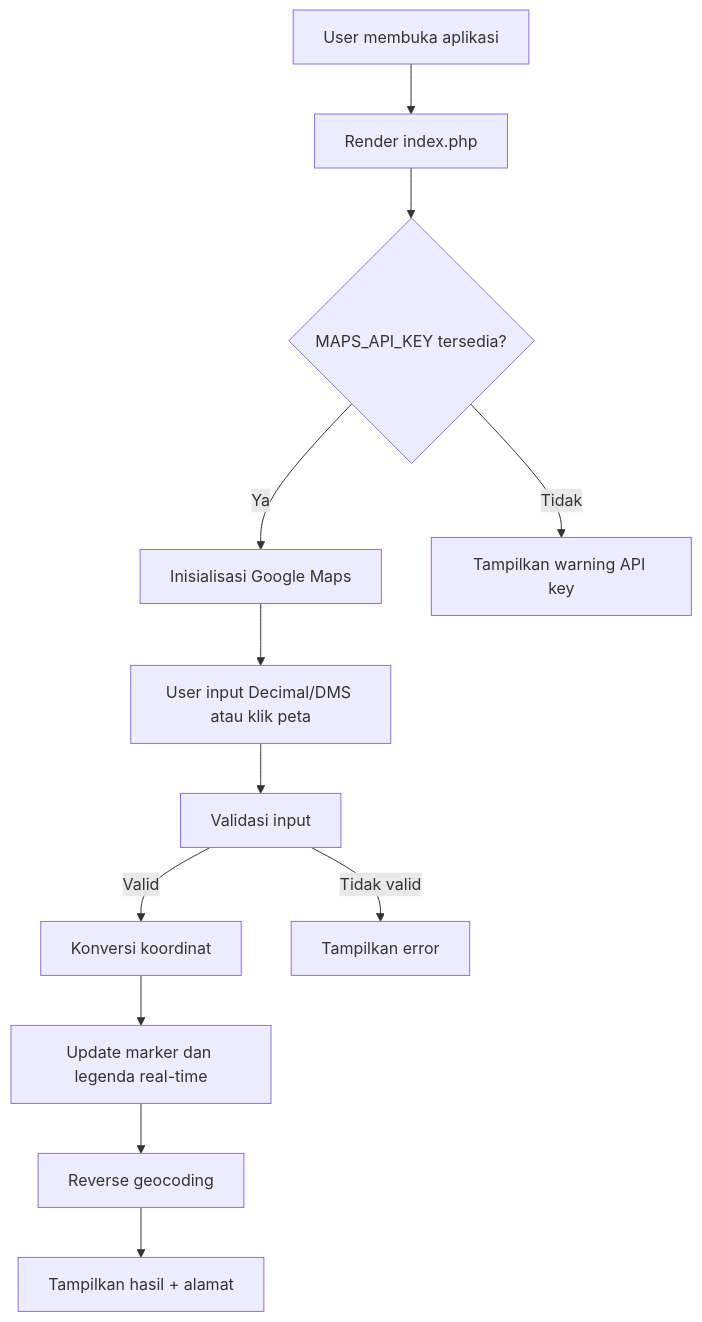
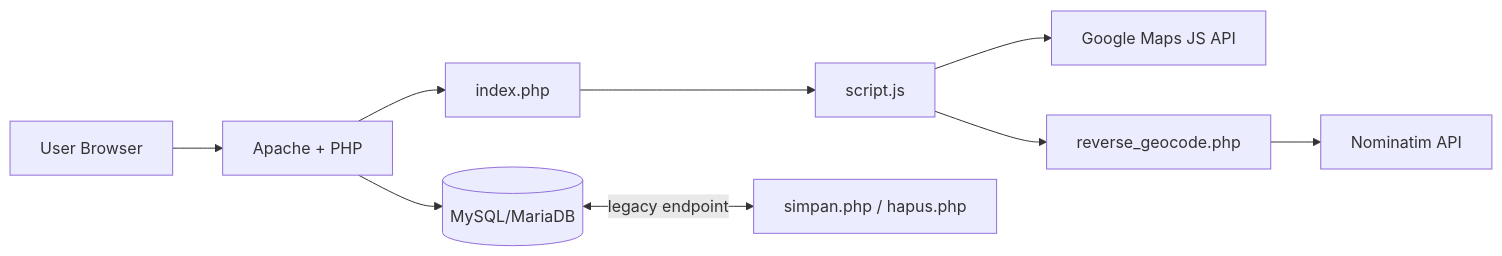
The first of 3 diagrams in docs/03-arsitektur-sistem.md (nanangpx0-hub/BedadungPoint), drawn with Mermaid before and after one commit. The commit also changed other lines of this file and 29 other files, not shown here.

````diff
--- a/docs/03-arsitektur-sistem.md
+++ b/docs/03-arsitektur-sistem.md
@@ -11,14 +6,11 @@
 ```mermaid
-flowchart TD
-    A[User membuka aplikasi] --> B[Render index.php]
-    B --> C{MAPS_API_KEY tersedia?}
-    C -- Ya --> D[Inisialisasi Google Maps]
-    C -- Tidak --> E[Tampilkan warning API key]
-    D --> F[User input Decimal/DMS atau klik peta]
-    F --> G[Validasi input]
-    G -- Valid --> H[Konversi koordinat]
-    H --> I[Update marker dan legenda real-time]
-    I --> J[Reverse geocoding]
-    J --> K[Tampilkan hasil + alamat]
-    G -- Tidak valid --> L[Tampilkan error]
+flowchart LR
+    U[User Browser] --> W[Apache + PHP]
+    W --> V[index.php]
+    V --> J[script.js]
+    J --> G[Google Maps JS API]
+    J --> R[reverse_geocode.php]
+    R --> N[Nominatim API]
+    W --> D[(MySQL/MariaDB)]
+    D <-->|legacy endpoint| S[simpan.php / hapus.php]
 ```
````
